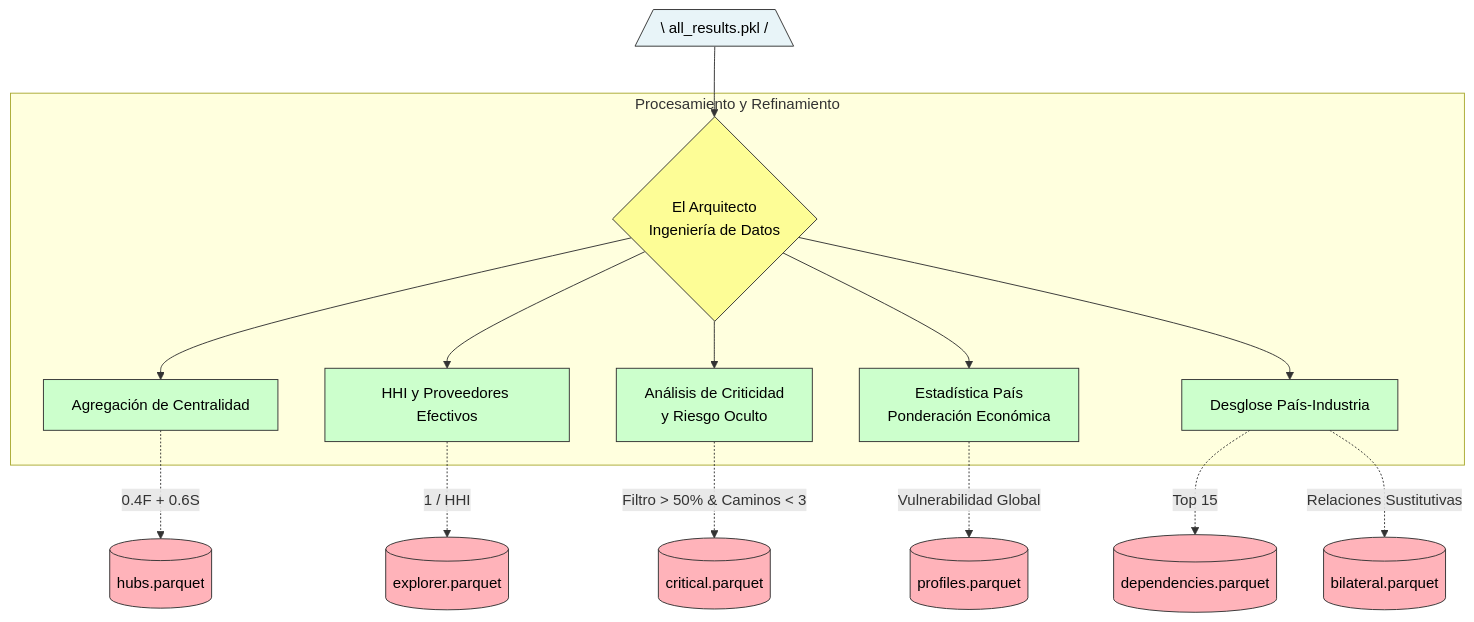
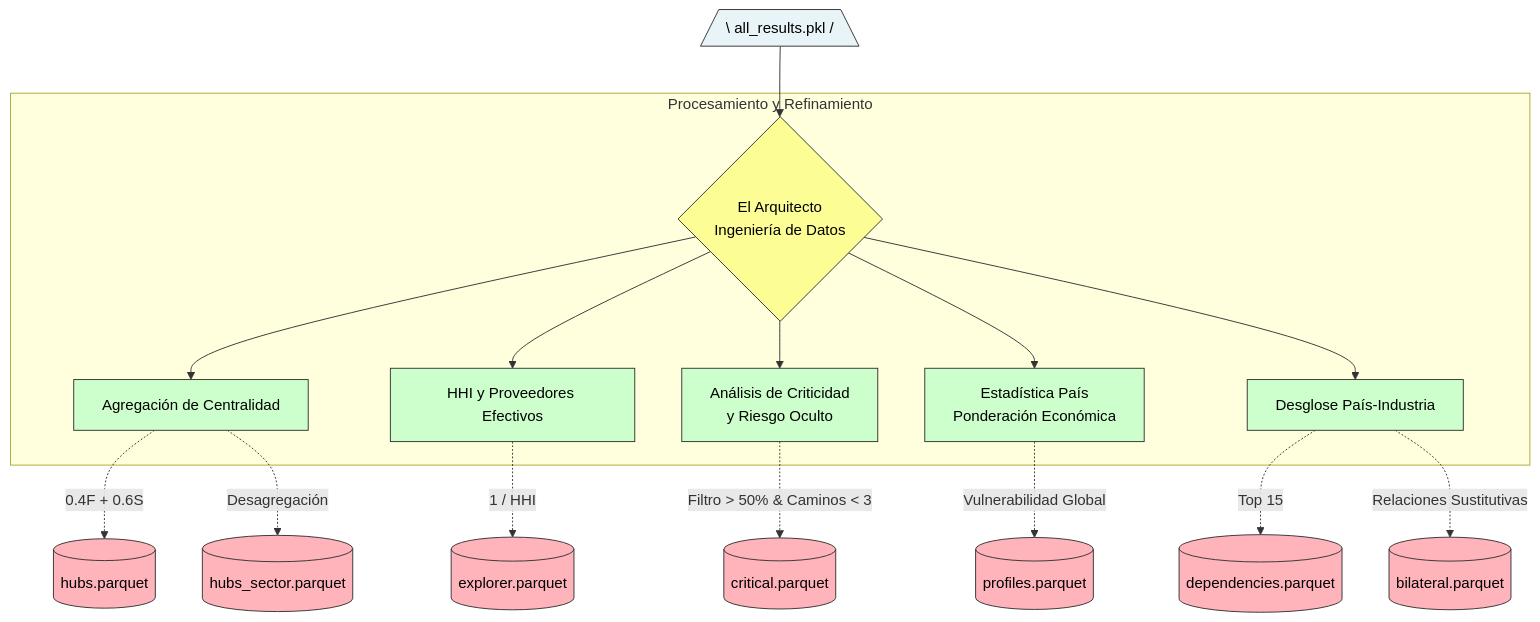
One commit to mhidper/Seguridad-Economica changed the fourth of 7 diagrams in README.md. Above: the diagram before and after it, drawn with Mermaid. The commit also changed other lines of this file, not shown here.

Commit message:
docs: add hubs_sector data structure documentation to README models and diagrams

````diff
--- a/README.md
+++ b/README.md
@@ -208,26 +209,27 @@
 ```mermaid
 graph TD
     classDef in fill:#e8f4f8,stroke:#333,stroke-width:1px,color:#000
     classDef proc fill:#fdfd96,stroke:#333,stroke-width:1px,color:#000
     classDef func fill:#ccffcc,stroke:#333,stroke-width:1px,color:#000
     classDef out fill:#ffb3ba,stroke:#333,stroke-width:1px,color:#000
 
     A[/\ all_results.pkl /\]:::in --> B{El Arquitecto<br/>Ingeniería de Datos}:::proc
     
     subgraph Procesamiento y Refinamiento
         B --> C[Agregación de Centralidad]:::func
         B --> D[HHI y Proveedores Efectivos]:::func
         B --> E[Análisis de Criticidad<br/>y Riesgo Oculto]:::func
         B --> F[Estadística País<br/>Ponderación Económica]:::func
         B --> J[Desglose País-Industria]:::func
     end
 
     C -.->|0.4F + 0.6S| G[(hubs.parquet)]:::out
+    C -.->|Desagregación| G2[(hubs_sector.parquet)]:::out
     E -.->|Filtro > 50% & Caminos < 3| H[(critical.parquet)]:::out
     D -.->|1 / HHI| I[(explorer.parquet)]:::out
     
     J -.->|Top 15| K[(dependencies.parquet)]:::out
     J -.->|Relaciones Sustitutivas| L[(bilateral.parquet)]:::out
     
     F -.->|Vulnerabilidad Global| M[(profiles.parquet)]:::out
 ```
````
